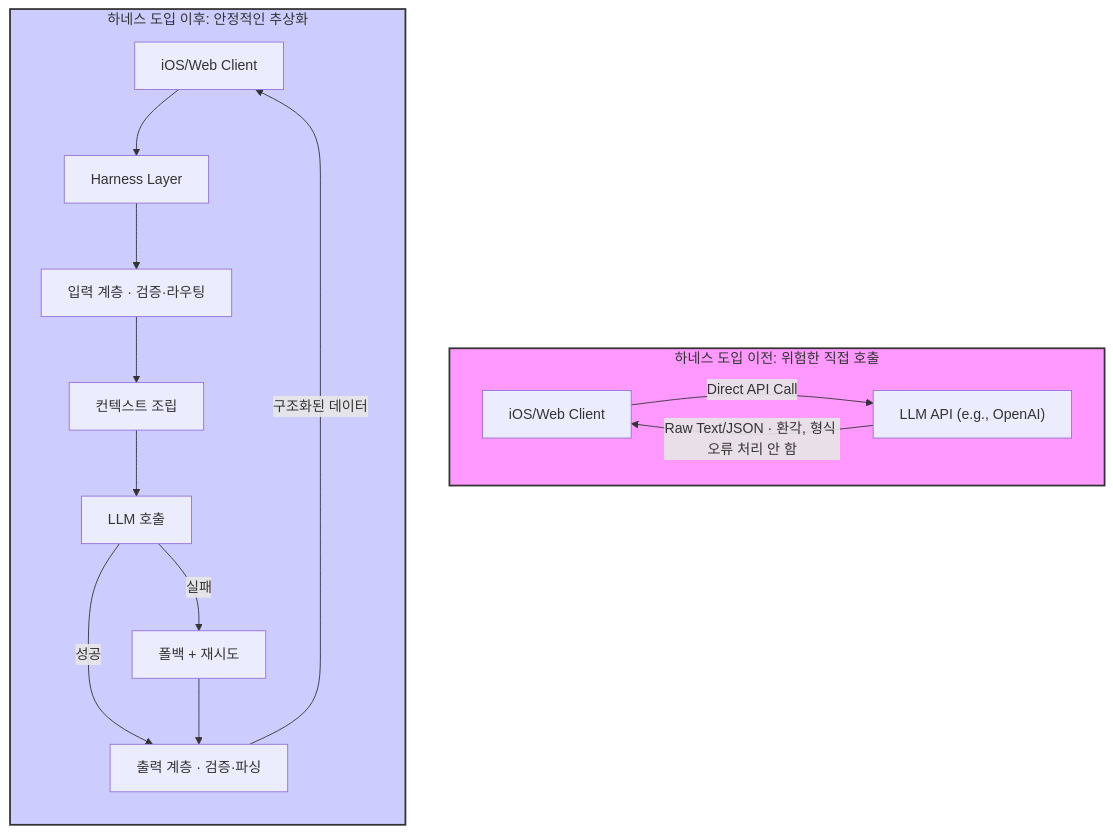
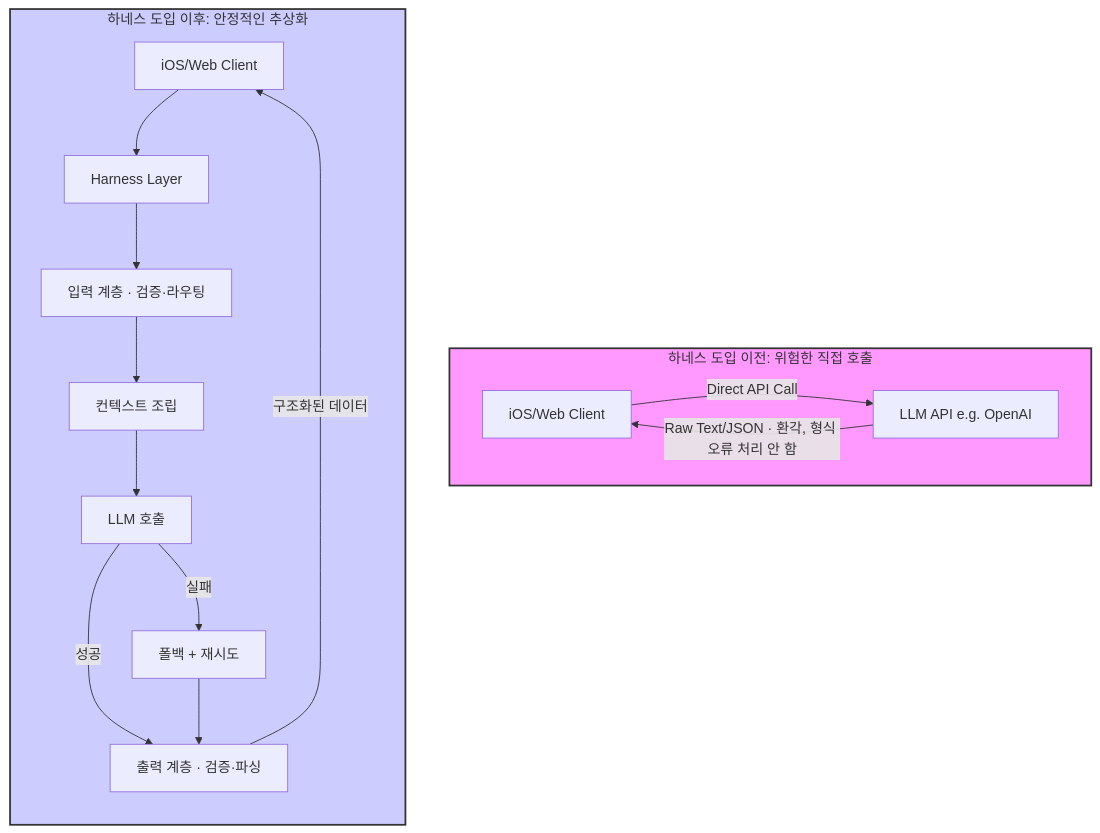
The diagram in content/harness-engineering/harness-engineering-overview.mdx (Mino777/ai-study), drawn with Mermaid before and after one commit. The commit also changed 30 other files, not shown here.

First line of the commit message:
fix: Mermaid 렌더링 에러 42건 수정 + mermaid-fix.mjs 규칙 4개 추가

````diff
--- a/content/harness-engineering/harness-engineering-overview.mdx
+++ b/content/harness-engineering/harness-engineering-overview.mdx
@@ -159,31 +159,31 @@
 ```mermaid
 graph TD
     subgraph id_before ["하네스 도입 이전: 위험한 직접 호출"]
         direction LR
-        Client_A[iOS/Web Client] -->|Direct API Call| LLM_A["LLM API (e.g., OpenAI)"]
+        Client_A[iOS/Web Client] -->|Direct API Call| LLM_A["LLM API e.g. OpenAI"]
         LLM_A -->|Raw Text/JSON · 환각, 형식 오류 처리 안 함| Client_A
     end
 
     subgraph id_after ["하네스 도입 이후: 안정적인 추상화"]
         direction TB
         Client_B[iOS/Web Client]
         Harness["Harness Layer"]
         Input["입력 계층 · 검증·라우팅"]
         Context["컨텍스트 조립"]
         LLM_B["LLM 호출"]
         Fallback["폴백 + 재시도"]
         Output["출력 계층 · 검증·파싱"]
         
         Client_B --> Harness
         Harness --> Input
         Input --> Context
         Context --> LLM_B
         LLM_B -->|성공| Output
         LLM_B -->|실패| Fallback
         Fallback --> Output
         Output -->|구조화된 데이터| Client_B
     end
 
     style id_before fill:#f9f,stroke:#333,stroke-width:2px
     style id_after fill:#ccf,stroke:#333,stroke-width:2px
 ```
````
